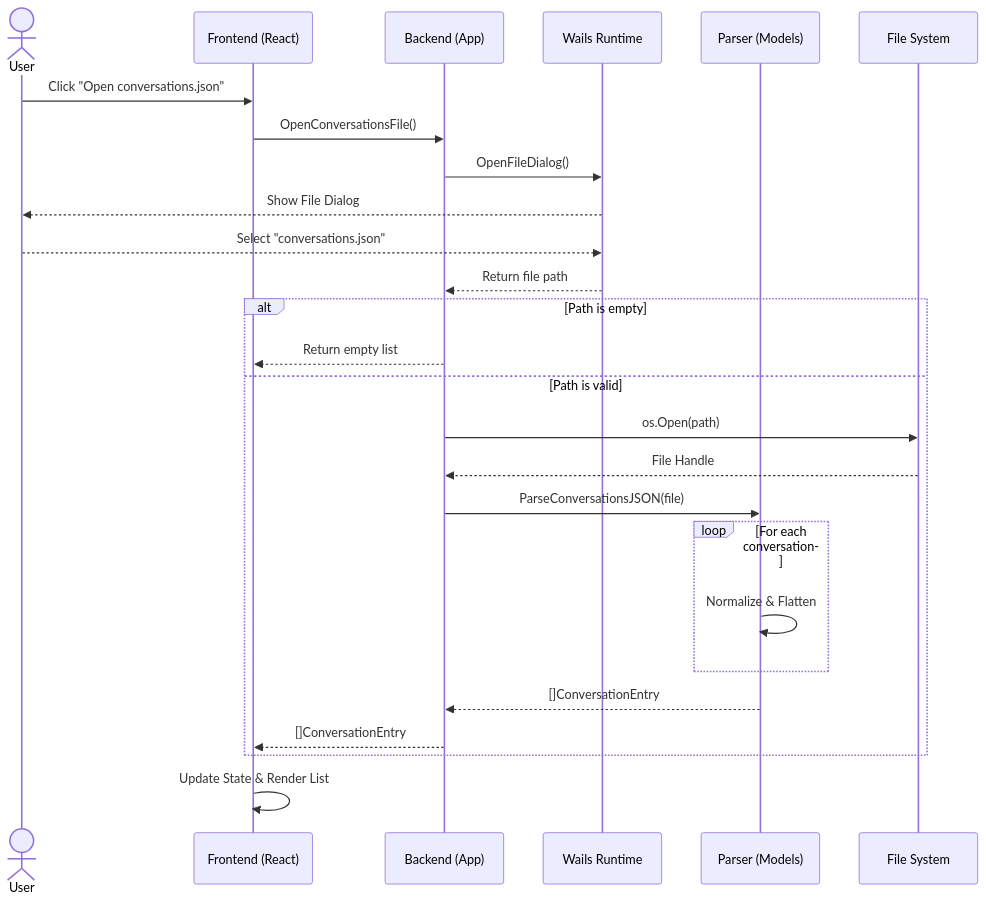
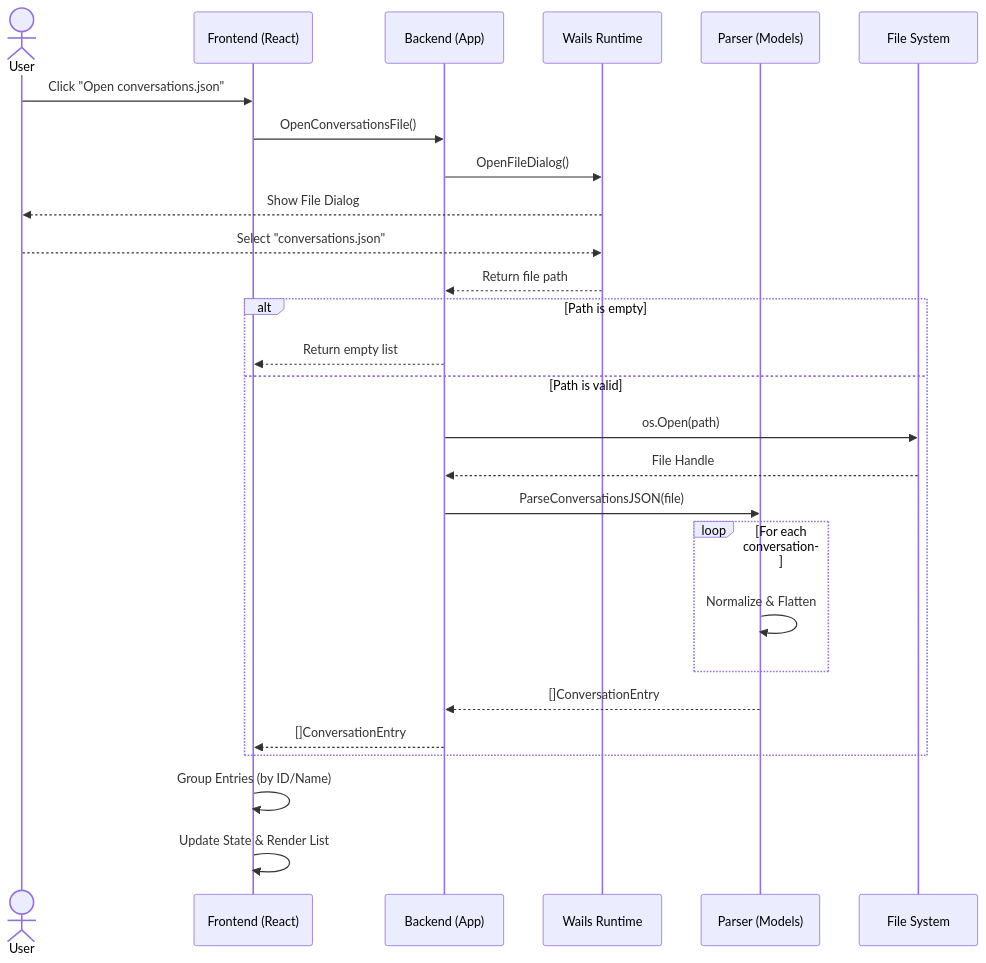
The second of 2 diagrams in docs/architecture.md (johnpfeiffer/chat-explorer), drawn with Mermaid before and after one commit. The commit also changed other lines of this file and 6 other files, not shown here.

````diff
--- a/docs/architecture.md
+++ b/docs/architecture.md
@@ -67,31 +71,32 @@
 ```mermaid
 sequenceDiagram
     actor User
     participant UI as Frontend (React)
     participant App as Backend (App)
     participant Runtime as Wails Runtime
     participant Parser as Parser (Models)
     participant FS as File System
 
     User->>UI: Click "Open conversations.json"
     UI->>App: OpenConversationsFile()
     App->>Runtime: OpenFileDialog()
     Runtime-->>User: Show File Dialog
     User-->>Runtime: Select "conversations.json"
     Runtime-->>App: Return file path
     
     alt Path is empty
         App-->>UI: Return empty list
     else Path is valid
         App->>FS: os.Open(path)
         FS-->>App: File Handle
         App->>Parser: ParseConversationsJSON(file)
         loop For each conversation
             Parser->>Parser: Normalize & Flatten
         end
         Parser-->>App: []ConversationEntry
         App-->>UI: []ConversationEntry
     end
     
+    UI->>UI: Group Entries (by ID/Name)
     UI->>UI: Update State & Render List
 ```
````
